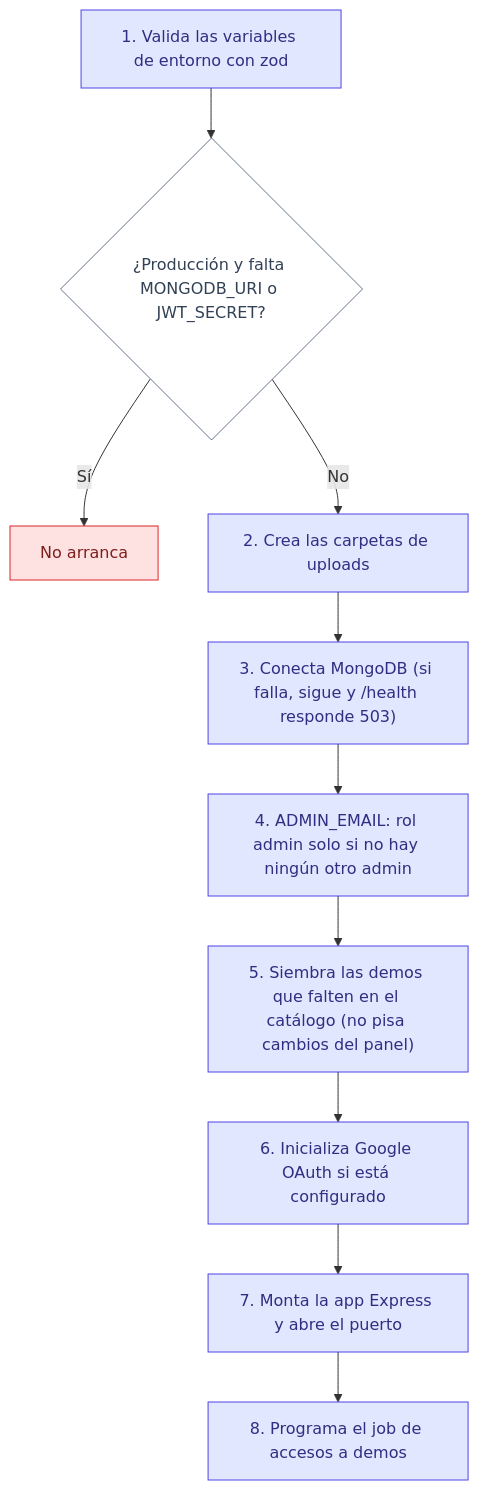
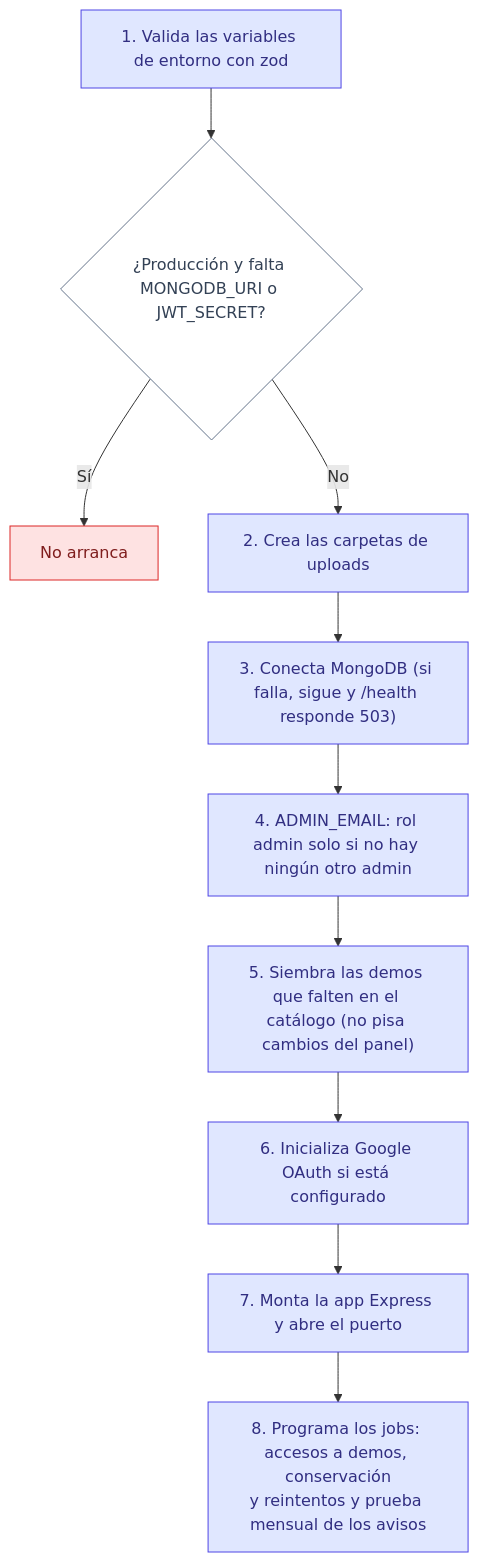
Before and after one commit to ronalc90/koptup: the eighth of 8 diagrams in docs/wiki/Doc-01-Arquitectura.md, drawn with Mermaid. The commit also changed other lines of this file and 45 other files, not shown here.

````diff
--- a/docs/wiki/Doc-01-Arquitectura.md
+++ b/docs/wiki/Doc-01-Arquitectura.md
@@ -439,21 +441,21 @@
 ```mermaid
 flowchart TD
     classDef sistema fill:#e0e7ff,stroke:#4f46e5,color:#312e81
     classDef decision fill:#fff,stroke:#64748b,color:#334155
     classDef error fill:#fee2e2,stroke:#dc2626,color:#7f1d1d
 
     A["1. Valida las variables de entorno con zod"]:::sistema
     B{"¿Producción y falta MONGODB_URI o JWT_SECRET?"}:::decision
     X["No arranca"]:::error
     C["2. Crea las carpetas de uploads"]:::sistema
     D["3. Conecta MongoDB (si falla, sigue y /health responde 503)"]:::sistema
     E["4. ADMIN_EMAIL: rol admin solo si no hay ningún otro admin"]:::sistema
     F["5. Siembra las demos que falten en el catálogo (no pisa cambios del panel)"]:::sistema
     G["6. Inicializa Google OAuth si está configurado"]:::sistema
     H["7. Monta la app Express y abre el puerto"]:::sistema
-    J["8. Programa el job de accesos a demos"]:::sistema
+    J["8. Programa los jobs: accesos a demos, conservación<br/>y reintentos y prueba mensual de los avisos"]:::sistema
 
     A --> B
     B -->|"Sí"| X
     B -->|"No"| C --> D --> E --> F --> G --> H --> J
 ```
````
